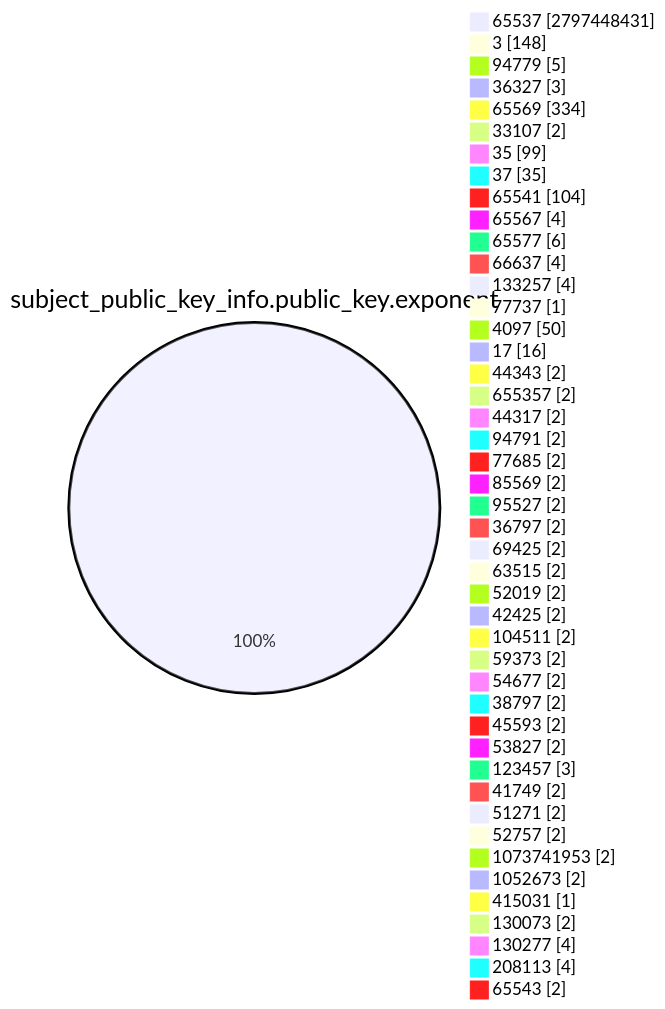
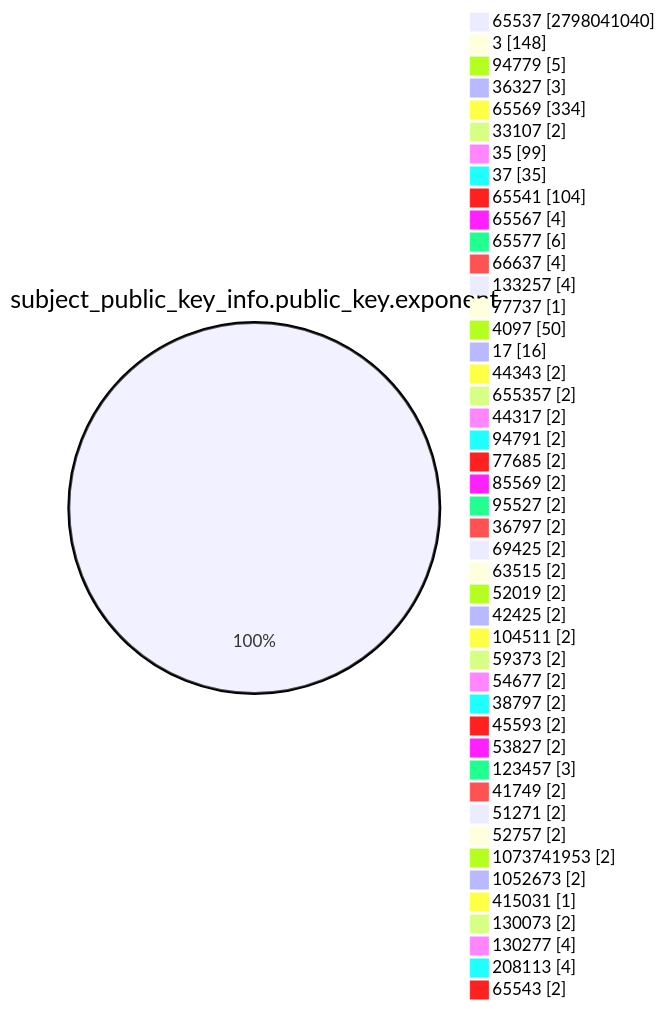
One commit to christiankrug/ctmonitor_visualization changed the fourth of 15 diagrams in TOTAL/README.md. Above: the diagram before and after it, drawn with Mermaid. The commit also changed other lines of this file, not shown here.

````diff
--- a/TOTAL/README.md
+++ b/TOTAL/README.md
@@ -1467,49 +1467,49 @@
 ```mermaid
 pie showData
 title subject_public_key_info.public_key.exponent
-"65537" :2797448431
+"65537" :2798041040
 "3" :148
 "94779" :5
 "36327" :3
 "65569" :334
 "33107" :2
 "35" :99
 "37" :35
 "65541" :104
 "65567" :4
 "65577" :6
 "66637" :4
 "133257" :4
 "77737" :1
 "4097" :50
 "17" :16
 "44343" :2
 "655357" :2
 "44317" :2
 "94791" :2
 "77685" :2
 "85569" :2
 "95527" :2
 "36797" :2
 "69425" :2
 "63515" :2
 "52019" :2
 "42425" :2
 "104511" :2
 "59373" :2
 "54677" :2
 "38797" :2
 "45593" :2
 "53827" :2
 "123457" :3
 "41749" :2
 "51271" :2
 "52757" :2
 "1073741953" :2
 "1052673" :2
 "415031" :1
 "130073" :2
 "130277" :4
 "208113" :4
 "65543" :2
 ```
````
